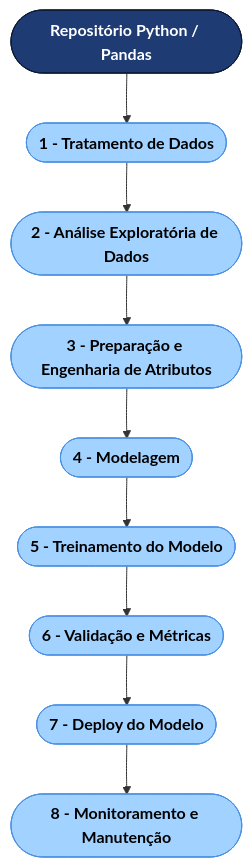
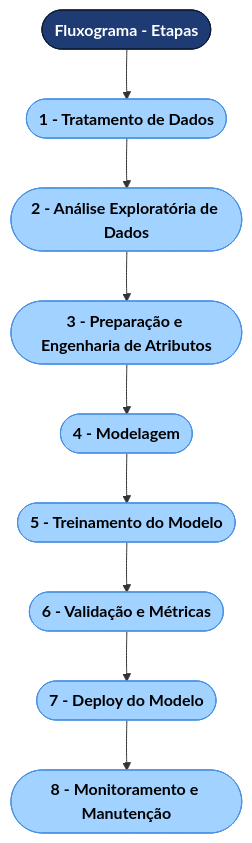
The diagram in README.md (JoaoMarcelo22/Python), drawn with Mermaid before and after one commit.

````diff
--- a/README.md
+++ b/README.md
@@ -21,23 +21,23 @@
 ```mermaid
 flowchart TD
 
     %% ===== MENU PRINCIPAL =====
-    A([Repositório Python / Pandas])
+    A([Fluxograma - Etapas])
 
     %% ===== FLUXO =====
     A --> B([1 - Tratamento de Dados])
     B --> C([2 - Análise Exploratória de Dados])
     C --> D([3 - Preparação e Engenharia de Atributos])
     D --> E([4 - Modelagem])
     E --> F([5 - Treinamento do Modelo])
     F --> G([6 - Validação e Métricas])
     G --> H([7 - Deploy do Modelo])
     H --> I([8 - Monitoramento e Manutenção])
 
     %% ===== ESTILOS =====
     classDef menu fill:#1F3B73,stroke:#0D1A33,color:white,font-weight:bold;
     classDef etapa fill:#A2D2FF,stroke:#4A90E2,color:#000,font-weight:bold;
 
     class A menu;
     class B,C,D,E,F,G,H,I etapa;
 ```
````
